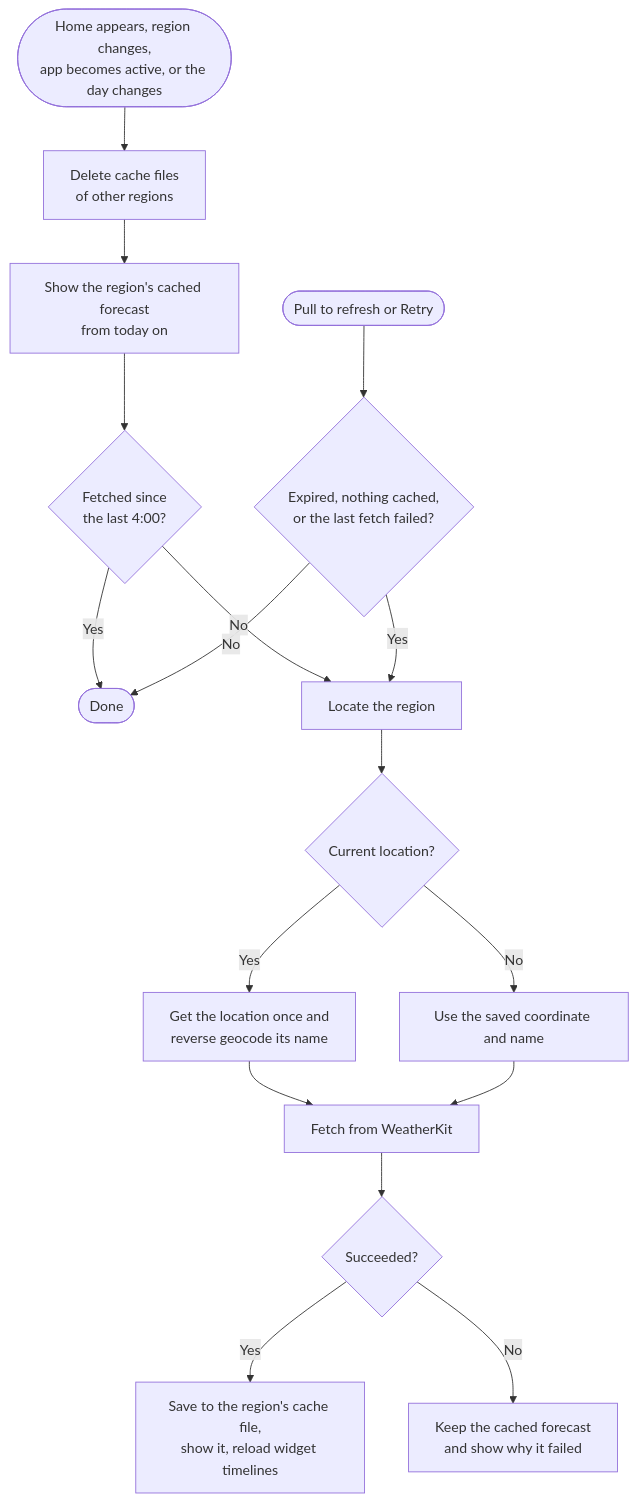
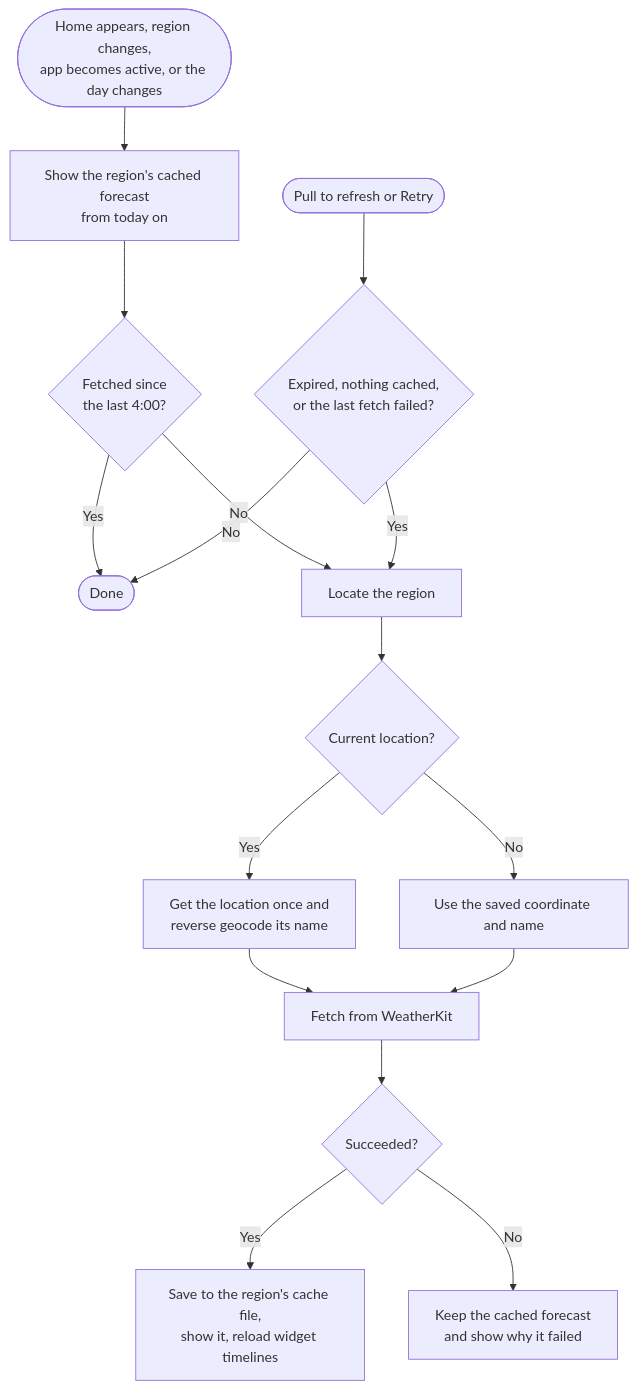
The first of 2 diagrams in docs/architecture/weather-fetch-flow.md (naipaka/NextSunnyDay-iOS), drawn with Mermaid before and after one commit. The commit also changed other lines of this file and 8 other files, not shown here.

````diff
--- a/docs/architecture/weather-fetch-flow.md
+++ b/docs/architecture/weather-fetch-flow.md
@@ -27,19 +30,18 @@
 ```mermaid
 flowchart TD
-    A([Home appears, region changes,<br/>app becomes active, or the day changes]) --> B[Delete cache files<br/>of other regions]
-    B --> C[Show the region's cached forecast<br/>from today on]
+    A([Home appears, region changes,<br/>app becomes active, or the day changes]) --> C[Show the region's cached forecast<br/>from today on]
     C --> D{Fetched since<br/>the last 4:00?}
     D -- Yes --> E([Done])
     D -- No --> F[Locate the region]
     P([Pull to refresh or Retry]) --> Q{Expired, nothing cached,<br/>or the last fetch failed?}
     Q -- No --> E
     Q -- Yes --> F
     F --> G{Current location?}
     G -- No --> I[Use the saved coordinate and name]
     G -- Yes --> H[Get the location once and<br/>reverse geocode its name]
     H --> J[Fetch from WeatherKit]
     I --> J
     J --> K{Succeeded?}
     K -- Yes --> L[Save to the region's cache file,<br/>show it, reload widget timelines]
     K -- No --> M[Keep the cached forecast<br/>and show why it failed]
 ```
````
